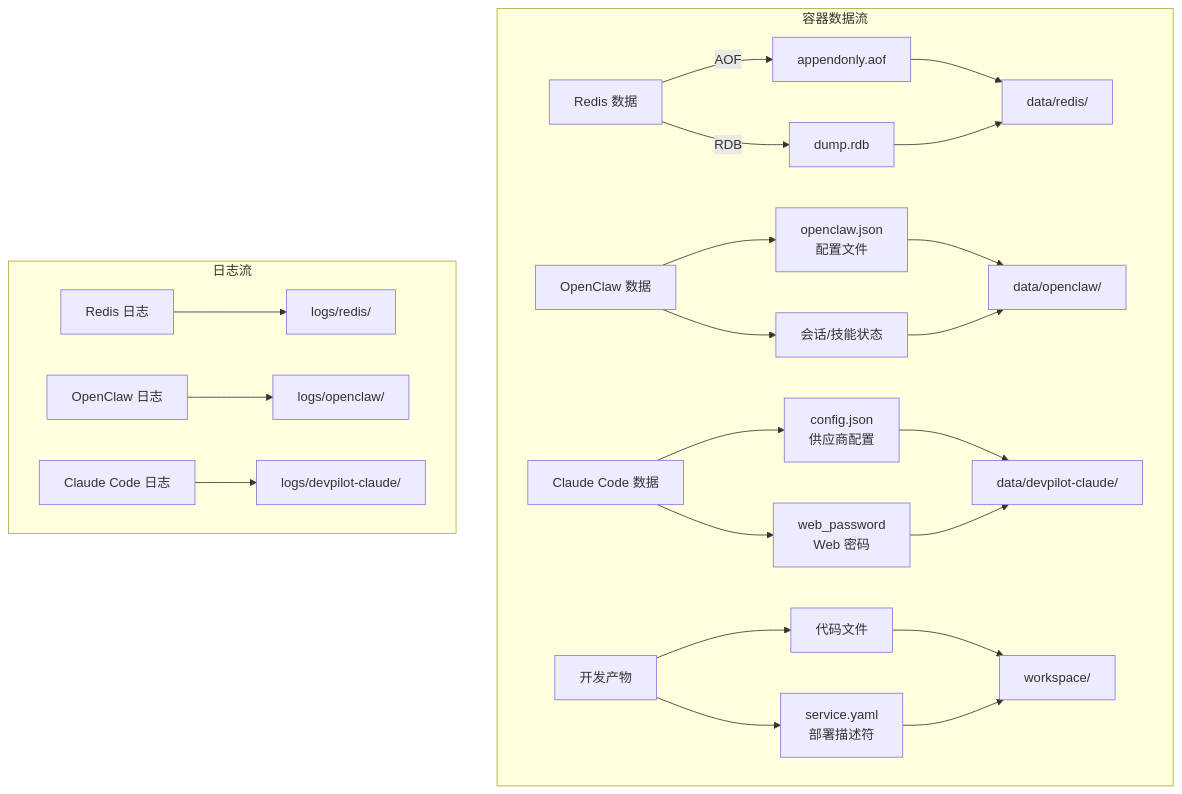
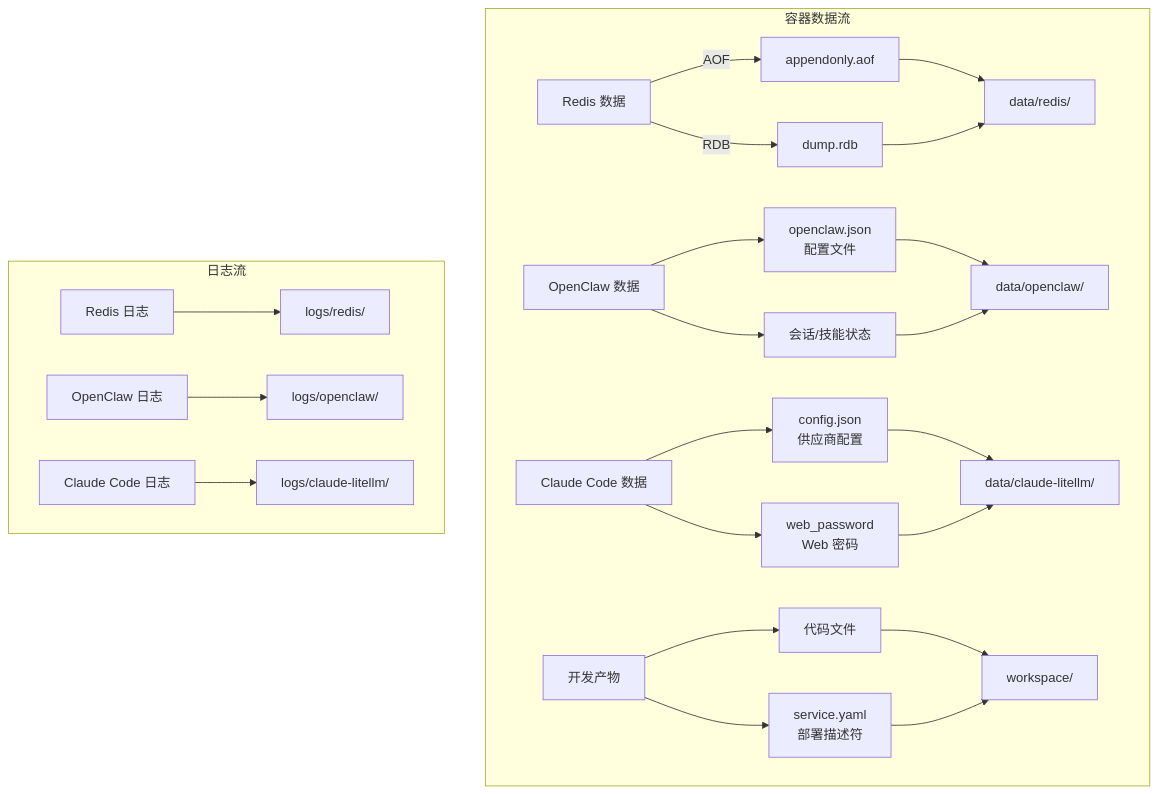
The seventh of 14 diagrams in 产品架构技术设计说明书.md (smart-open/DevPilot), drawn with Mermaid before and after one commit. The commit also changed other lines of this file and 12 other files, not shown here.

First line of the commit message:
refactor(paths): 数据/日志目录改名为 claude-litellm，与服务名对齐

````diff
--- a/产品架构技术设计说明书.md
+++ b/产品架构技术设计说明书.md
@@ -605,34 +605,34 @@
 ```mermaid
 graph TB
     subgraph 容器数据流
         RD_DATA[Redis 数据]
         RD_DATA -->|AOF| AF[appendonly.aof]
         RD_DATA -->|RDB| RF[dump.rdb]
         AF --> VOL1[data/redis/]
         RF --> VOL1
 
         OC_DATA[OpenClaw 数据]
         OC_DATA --> OCF[openclaw.json<br/>配置文件]
         OC_DATA --> OCS[会话/技能状态]
         OCF --> VOL2[data/openclaw/]
         OCS --> VOL2
 
         CC_DATA[Claude Code 数据]
         CC_DATA --> CCF[config.json<br/>供应商配置]
         CC_DATA --> CCP[web_password<br/>Web 密码]
-        CCF --> VOL3[data/devpilot-claude/]
+        CCF --> VOL3[data/claude-litellm/]
         CCP --> VOL3
 
         WS_DATA[开发产物]
         WS_DATA --> WSC[代码文件]
         WS_DATA --> WSY[service.yaml<br/>部署描述符]
         WSC --> VOL4[workspace/]
         WSY --> VOL4
     end
 
     subgraph 日志流
         RL[Redis 日志] --> LV1[logs/redis/]
         OL[OpenClaw 日志] --> LV2[logs/openclaw/]
-        CL[Claude Code 日志] --> LV3[logs/devpilot-claude/]
+        CL[Claude Code 日志] --> LV3[logs/claude-litellm/]
     end
 ```
````
